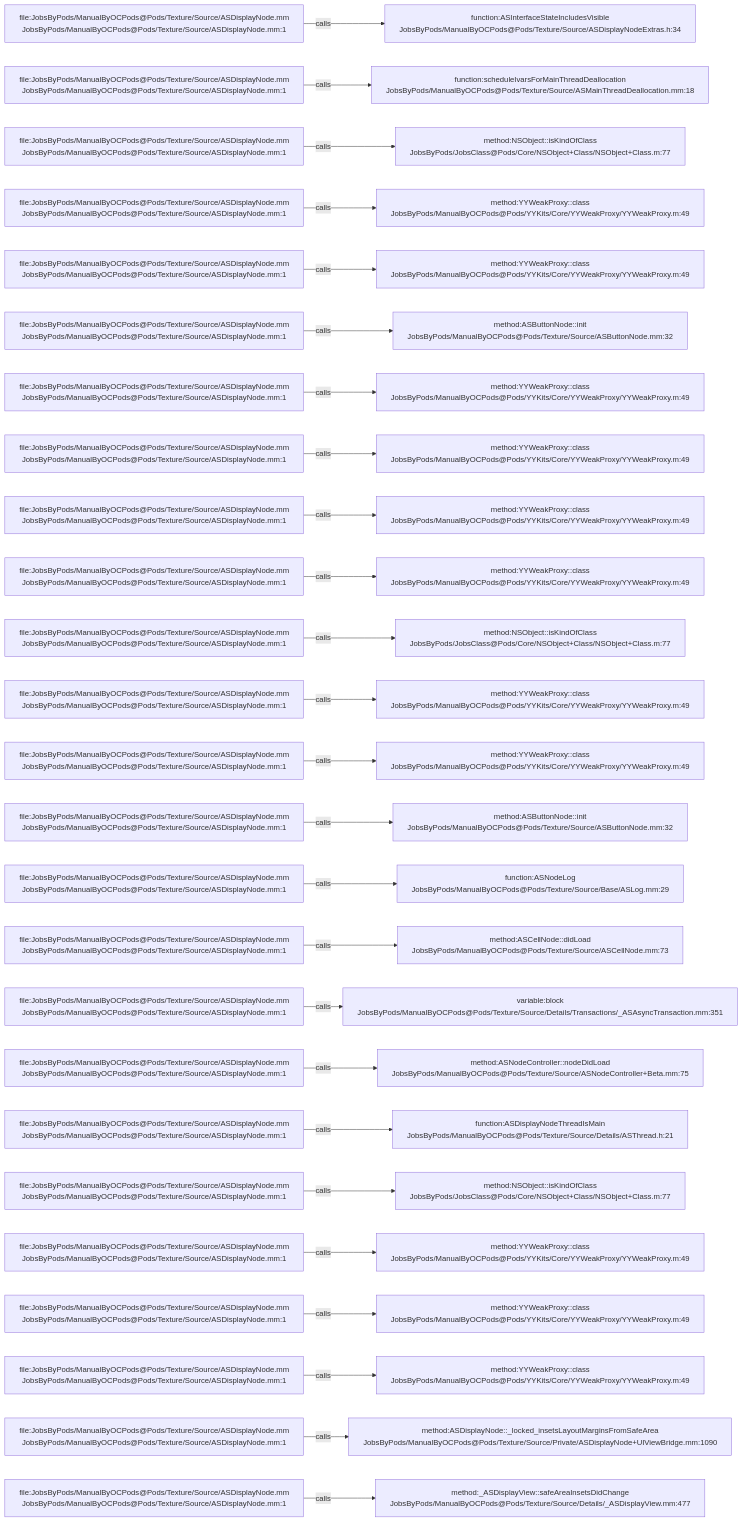
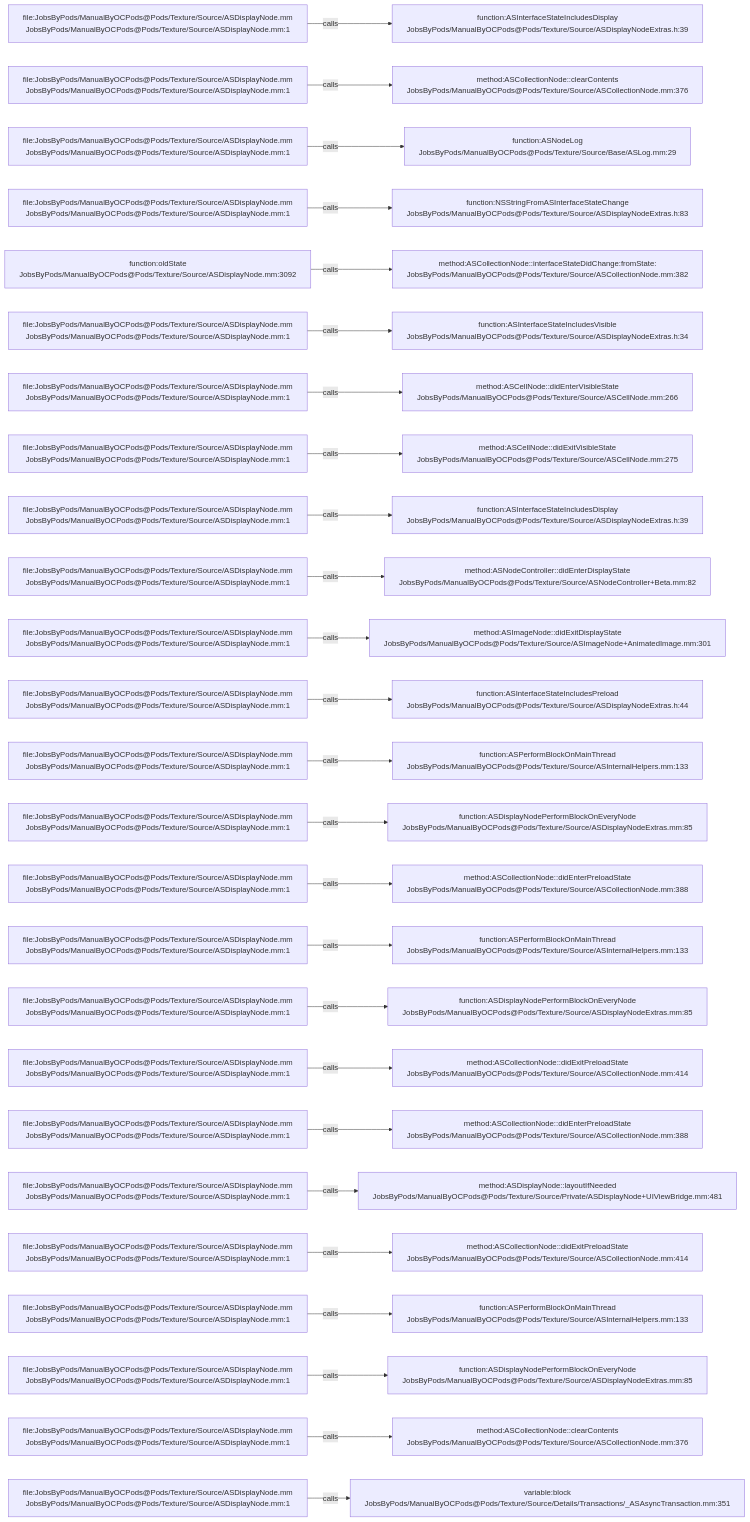
The diagram in .codegraph/codegraph.md/graphs/calls-105.md (JobsKits/JobsOCBaseConfigDemo), drawn with Mermaid before and after one commit. The commit also changed 1223 other files, not shown here.

````diff
--- a/.codegraph/codegraph.md/graphs/calls-105.md
+++ b/.codegraph/codegraph.md/graphs/calls-105.md
@@ -13,78 +13,78 @@
 ```mermaid
 flowchart LR
   S1["file:JobsByPods/ManualByOCPods@Pods/Texture/Source/ASDisplayNode.mm<br/>JobsByPods/ManualByOCPods@Pods/Texture/Source/ASDisplayNode.mm:1"]
-  T1["function:ASInterfaceStateIncludesVisible<br/>JobsByPods/ManualByOCPods@Pods/Texture/Source/ASDisplayNodeExtras.h:34"]
+  T1["function:ASInterfaceStateIncludesDisplay<br/>JobsByPods/ManualByOCPods@Pods/Texture/Source/ASDisplayNodeExtras.h:39"]
   S1 -->|calls| T1
   S2["file:JobsByPods/ManualByOCPods@Pods/Texture/Source/ASDisplayNode.mm<br/>JobsByPods/ManualByOCPods@Pods/Texture/Source/ASDisplayNode.mm:1"]
-  T2["function:scheduleIvarsForMainThreadDeallocation<br/>JobsByPods/ManualByOCPods@Pods/Texture/Source/ASMainThreadDeallocation.mm:18"]
+  T2["method:ASCollectionNode::clearContents<br/>JobsByPods/ManualByOCPods@Pods/Texture/Source/ASCollectionNode.mm:376"]
   S2 -->|calls| T2
   S3["file:JobsByPods/ManualByOCPods@Pods/Texture/Source/ASDisplayNode.mm<br/>JobsByPods/ManualByOCPods@Pods/Texture/Source/ASDisplayNode.mm:1"]
-  T3["method:NSObject::isKindOfClass<br/>JobsByPods/JobsClass@Pods/Core/NSObject+Class/NSObject+Class.m:77"]
+  T3["function:ASNodeLog<br/>JobsByPods/ManualByOCPods@Pods/Texture/Source/Base/ASLog.mm:29"]
   S3 -->|calls| T3
   S4["file:JobsByPods/ManualByOCPods@Pods/Texture/Source/ASDisplayNode.mm<br/>JobsByPods/ManualByOCPods@Pods/Texture/Source/ASDisplayNode.mm:1"]
-  T4["method:YYWeakProxy::class<br/>JobsByPods/ManualByOCPods@Pods/YYKits/Core/YYWeakProxy/YYWeakProxy.m:49"]
+  T4["function:NSStringFromASInterfaceStateChange<br/>JobsByPods/ManualByOCPods@Pods/Texture/Source/ASDisplayNodeExtras.h:83"]
   S4 -->|calls| T4
-  S5["file:JobsByPods/ManualByOCPods@Pods/Texture/Source/ASDisplayNode.mm<br/>JobsByPods/ManualByOCPods@Pods/Texture/Source/ASDisplayNode.mm:1"]
-  T5["method:YYWeakProxy::class<br/>JobsByPods/ManualByOCPods@Pods/YYKits/Core/YYWeakProxy/YYWeakProxy.m:49"]
+  S5["function:oldState<br/>JobsByPods/ManualByOCPods@Pods/Texture/Source/ASDisplayNode.mm:3092"]
+  T5["method:ASCollectionNode::interfaceStateDidChange:fromState:<br/>JobsByPods/ManualByOCPods@Pods/Texture/Source/ASCollectionNode.mm:382"]
   S5 -->|calls| T5
   S6["file:JobsByPods/ManualByOCPods@Pods/Texture/Source/ASDisplayNode.mm<br/>JobsByPods/ManualByOCPods@Pods/Texture/Source/ASDisplayNode.mm:1"]
-  T6["method:ASButtonNode::init<br/>JobsByPods/ManualByOCPods@Pods/Texture/Source/ASButtonNode.mm:32"]
+  T6["function:ASInterfaceStateIncludesVisible<br/>JobsByPods/ManualByOCPods@Pods/Texture/Source/ASDisplayNodeExtras.h:34"]
   S6 -->|calls| T6
   S7["file:JobsByPods/ManualByOCPods@Pods/Texture/Source/ASDisplayNode.mm<br/>JobsByPods/ManualByOCPods@Pods/Texture/Source/ASDisplayNode.mm:1"]
-  T7["method:YYWeakProxy::class<br/>JobsByPods/ManualByOCPods@Pods/YYKits/Core/YYWeakProxy/YYWeakProxy.m:49"]
+  T7["method:ASCellNode::didEnterVisibleState<br/>JobsByPods/ManualByOCPods@Pods/Texture/Source/ASCellNode.mm:266"]
   S7 -->|calls| T7
   S8["file:JobsByPods/ManualByOCPods@Pods/Texture/Source/ASDisplayNode.mm<br/>JobsByPods/ManualByOCPods@Pods/Texture/Source/ASDisplayNode.mm:1"]
-  T8["method:YYWeakProxy::class<br/>JobsByPods/ManualByOCPods@Pods/YYKits/Core/YYWeakProxy/YYWeakProxy.m:49"]
+  T8["method:ASCellNode::didExitVisibleState<br/>JobsByPods/ManualByOCPods@Pods/Texture/Source/ASCellNode.mm:275"]
   S8 -->|calls| T8
   S9["file:JobsByPods/ManualByOCPods@Pods/Texture/Source/ASDisplayNode.mm<br/>JobsByPods/ManualByOCPods@Pods/Texture/Source/ASDisplayNode.mm:1"]
-  T9["method:YYWeakProxy::class<br/>JobsByPods/ManualByOCPods@Pods/YYKits/Core/YYWeakProxy/YYWeakProxy.m:49"]
+  T9["function:ASInterfaceStateIncludesDisplay<br/>JobsByPods/ManualByOCPods@Pods/Texture/Source/ASDisplayNodeExtras.h:39"]
   S9 -->|calls| T9
   S10["file:JobsByPods/ManualByOCPods@Pods/Texture/Source/ASDisplayNode.mm<br/>JobsByPods/ManualByOCPods@Pods/Texture/Source/ASDisplayNode.mm:1"]
-  T10["method:YYWeakProxy::class<br/>JobsByPods/ManualByOCPods@Pods/YYKits/Core/YYWeakProxy/YYWeakProxy.m:49"]
+  T10["method:ASNodeController::didEnterDisplayState<br/>JobsByPods/ManualByOCPods@Pods/Texture/Source/ASNodeController+Beta.mm:82"]
   S10 -->|calls| T10
   S11["file:JobsByPods/ManualByOCPods@Pods/Texture/Source/ASDisplayNode.mm<br/>JobsByPods/ManualByOCPods@Pods/Texture/Source/ASDisplayNode.mm:1"]
-  T11["method:NSObject::isKindOfClass<br/>JobsByPods/JobsClass@Pods/Core/NSObject+Class/NSObject+Class.m:77"]
+  T11["method:ASImageNode::didExitDisplayState<br/>JobsByPods/ManualByOCPods@Pods/Texture/Source/ASImageNode+AnimatedImage.mm:301"]
   S11 -->|calls| T11
   S12["file:JobsByPods/ManualByOCPods@Pods/Texture/Source/ASDisplayNode.mm<br/>JobsByPods/ManualByOCPods@Pods/Texture/Source/ASDisplayNode.mm:1"]
-  T12["method:YYWeakProxy::class<br/>JobsByPods/ManualByOCPods@Pods/YYKits/Core/YYWeakProxy/YYWeakProxy.m:49"]
+  T12["function:ASInterfaceStateIncludesPreload<br/>JobsByPods/ManualByOCPods@Pods/Texture/Source/ASDisplayNodeExtras.h:44"]
   S12 -->|calls| T12
   S13["file:JobsByPods/ManualByOCPods@Pods/Texture/Source/ASDisplayNode.mm<br/>JobsByPods/ManualByOCPods@Pods/Texture/Source/ASDisplayNode.mm:1"]
-  T13["method:YYWeakProxy::class<br/>JobsByPods/ManualByOCPods@Pods/YYKits/Core/YYWeakProxy/YYWeakProxy.m:49"]
+  T13["function:ASPerformBlockOnMainThread<br/>JobsByPods/ManualByOCPods@Pods/Texture/Source/ASInternalHelpers.mm:133"]
   S13 -->|calls| T13
   S14["file:JobsByPods/ManualByOCPods@Pods/Texture/Source/ASDisplayNode.mm<br/>JobsByPods/ManualByOCPods@Pods/Texture/Source/ASDisplayNode.mm:1"]
-  T14["method:ASButtonNode::init<br/>JobsByPods/ManualByOCPods@Pods/Texture/Source/ASButtonNode.mm:32"]
+  T14["function:ASDisplayNodePerformBlockOnEveryNode<br/>JobsByPods/ManualByOCPods@Pods/Texture/Source/ASDisplayNodeExtras.mm:85"]
   S14 -->|calls| T14
   S15["file:JobsByPods/ManualByOCPods@Pods/Texture/Source/ASDisplayNode.mm<br/>JobsByPods/ManualByOCPods@Pods/Texture/Source/ASDisplayNode.mm:1"]
-  T15["function:ASNodeLog<br/>JobsByPods/ManualByOCPods@Pods/Texture/Source/Base/ASLog.mm:29"]
+  T15["method:ASCollectionNode::didEnterPreloadState<br/>JobsByPods/ManualByOCPods@Pods/Texture/Source/ASCollectionNode.mm:388"]
   S15 -->|calls| T15
   S16["file:JobsByPods/ManualByOCPods@Pods/Texture/Source/ASDisplayNode.mm<br/>JobsByPods/ManualByOCPods@Pods/Texture/Source/ASDisplayNode.mm:1"]
-  T16["method:ASCellNode::didLoad<br/>JobsByPods/ManualByOCPods@Pods/Texture/Source/ASCellNode.mm:73"]
+  T16["function:ASPerformBlockOnMainThread<br/>JobsByPods/ManualByOCPods@Pods/Texture/Source/ASInternalHelpers.mm:133"]
   S16 -->|calls| T16
   S17["file:JobsByPods/ManualByOCPods@Pods/Texture/Source/ASDisplayNode.mm<br/>JobsByPods/ManualByOCPods@Pods/Texture/Source/ASDisplayNode.mm:1"]
-  T17["variable:block<br/>JobsByPods/ManualByOCPods@Pods/Texture/Source/Details/Transactions/_ASAsyncTransaction.mm:351"]
+  T17["function:ASDisplayNodePerformBlockOnEveryNode<br/>JobsByPods/ManualByOCPods@Pods/Texture/Source/ASDisplayNodeExtras.mm:85"]
   S17 -->|calls| T17
   S18["file:JobsByPods/ManualByOCPods@Pods/Texture/Source/ASDisplayNode.mm<br/>JobsByPods/ManualByOCPods@Pods/Texture/Source/ASDisplayNode.mm:1"]
-  T18["method:ASNodeController::nodeDidLoad<br/>JobsByPods/ManualByOCPods@Pods/Texture/Source/ASNodeController+Beta.mm:75"]
+  T18["method:ASCollectionNode::didExitPreloadState<br/>JobsByPods/ManualByOCPods@Pods/Texture/Source/ASCollectionNode.mm:414"]
   S18 -->|calls| T18
   S19["file:JobsByPods/ManualByOCPods@Pods/Texture/Source/ASDisplayNode.mm<br/>JobsByPods/ManualByOCPods@Pods/Texture/Source/ASDisplayNode.mm:1"]
-  T19["function:ASDisplayNodeThreadIsMain<br/>JobsByPods/ManualByOCPods@Pods/Texture/Source/Details/ASThread.h:21"]
+  T19["method:ASCollectionNode::didEnterPreloadState<br/>JobsByPods/ManualByOCPods@Pods/Texture/Source/ASCollectionNode.mm:388"]
   S19 -->|calls| T19
   S20["file:JobsByPods/ManualByOCPods@Pods/Texture/Source/ASDisplayNode.mm<br/>JobsByPods/ManualByOCPods@Pods/Texture/Source/ASDisplayNode.mm:1"]
-  T20["method:NSObject::isKindOfClass<br/>JobsByPods/JobsClass@Pods/Core/NSObject+Class/NSObject+Class.m:77"]
+  T20["method:ASDisplayNode::layoutIfNeeded<br/>JobsByPods/ManualByOCPods@Pods/Texture/Source/Private/ASDisplayNode+UIViewBridge.mm:481"]
   S20 -->|calls| T20
   S21["file:JobsByPods/ManualByOCPods@Pods/Texture/Source/ASDisplayNode.mm<br/>JobsByPods/ManualByOCPods@Pods/Texture/Source/ASDisplayNode.mm:1"]
-  T21["method:YYWeakProxy::class<br/>JobsByPods/ManualByOCPods@Pods/YYKits/Core/YYWeakProxy/YYWeakProxy.m:49"]
+  T21["method:ASCollectionNode::didExitPreloadState<br/>JobsByPods/ManualByOCPods@Pods/Texture/Source/ASCollectionNode.mm:414"]
   S21 -->|calls| T21
   S22["file:JobsByPods/ManualByOCPods@Pods/Texture/Source/ASDisplayNode.mm<br/>JobsByPods/ManualByOCPods@Pods/Texture/Source/ASDisplayNode.mm:1"]
-  T22["method:YYWeakProxy::class<br/>JobsByPods/ManualByOCPods@Pods/YYKits/Core/YYWeakProxy/YYWeakProxy.m:49"]
+  T22["function:ASPerformBlockOnMainThread<br/>JobsByPods/ManualByOCPods@Pods/Texture/Source/ASInternalHelpers.mm:133"]
   S22 -->|calls| T22
   S23["file:JobsByPods/ManualByOCPods@Pods/Texture/Source/ASDisplayNode.mm<br/>JobsByPods/ManualByOCPods@Pods/Texture/Source/ASDisplayNode.mm:1"]
-  T23["method:YYWeakProxy::class<br/>JobsByPods/ManualByOCPods@Pods/YYKits/Core/YYWeakProxy/YYWeakProxy.m:49"]
+  T23["function:ASDisplayNodePerformBlockOnEveryNode<br/>JobsByPods/ManualByOCPods@Pods/Texture/Source/ASDisplayNodeExtras.mm:85"]
   S23 -->|calls| T23
   S24["file:JobsByPods/ManualByOCPods@Pods/Texture/Source/ASDisplayNode.mm<br/>JobsByPods/ManualByOCPods@Pods/Texture/Source/ASDisplayNode.mm:1"]
-  T24["method:ASDisplayNode::_locked_insetsLayoutMarginsFromSafeArea<br/>JobsByPods/ManualByOCPods@Pods/Texture/Source/Private/ASDisplayNode+UIViewBridge.mm:1090"]
+  T24["method:ASCollectionNode::clearContents<br/>JobsByPods/ManualByOCPods@Pods/Texture/Source/ASCollectionNode.mm:376"]
   S24 -->|calls| T24
   S25["file:JobsByPods/ManualByOCPods@Pods/Texture/Source/ASDisplayNode.mm<br/>JobsByPods/ManualByOCPods@Pods/Texture/Source/ASDisplayNode.mm:1"]
-  T25["method:_ASDisplayView::safeAreaInsetsDidChange<br/>JobsByPods/ManualByOCPods@Pods/Texture/Source/Details/_ASDisplayView.mm:477"]
+  T25["variable:block<br/>JobsByPods/ManualByOCPods@Pods/Texture/Source/Details/Transactions/_ASAsyncTransaction.mm:351"]
   S25 -->|calls| T25
 ```
````
